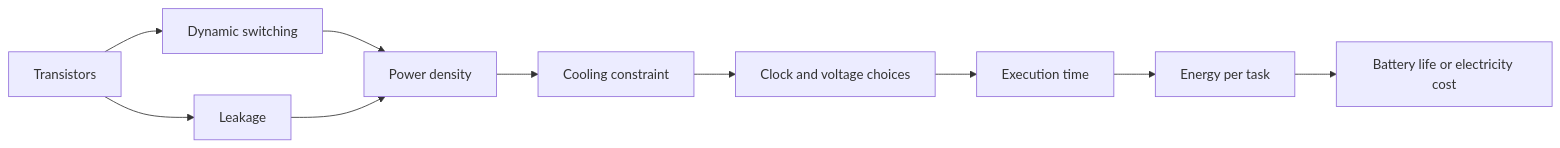
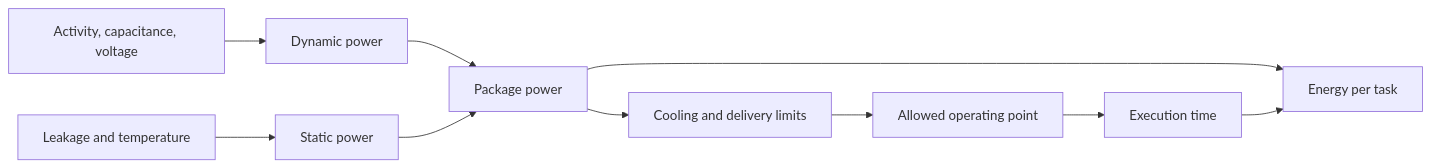
The diagram in docs/cs/computer-architecture/power-energy-cost-dependability.md (justinbrianhwang/SJ-wiki), drawn with Mermaid before and after one commit. The commit also changed other lines of this file and 166 other files, not shown here.

````diff
--- a/docs/cs/computer-architecture/power-energy-cost-dependability.md
+++ b/docs/cs/computer-architecture/power-energy-cost-dependability.md
@@ -97,12 +84,12 @@
 ```mermaid
 flowchart LR
-    A[Transistors] --> B[Dynamic switching]
-    A --> C[Leakage]
-    B --> D[Power density]
-    C --> D
-    D --> E[Cooling constraint]
-    E --> F[Clock and voltage choices]
-    F --> G[Execution time]
-    G --> H[Energy per task]
-    H --> I[Battery life or electricity cost]
+    A["Activity, capacitance, voltage"] --> B["Dynamic power"]
+    C["Leakage and temperature"] --> D["Static power"]
+    B --> E["Package power"]
+    D --> E
+    E --> F["Cooling and delivery limits"]
+    F --> G["Allowed operating point"]
+    G --> H["Execution time"]
+    E --> I["Energy per task"]
+    H --> I
 ```
````
